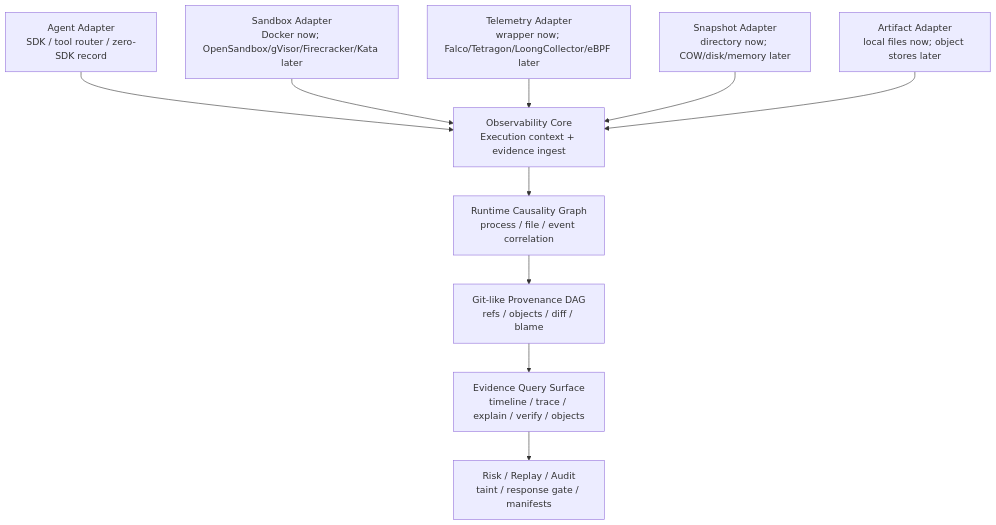
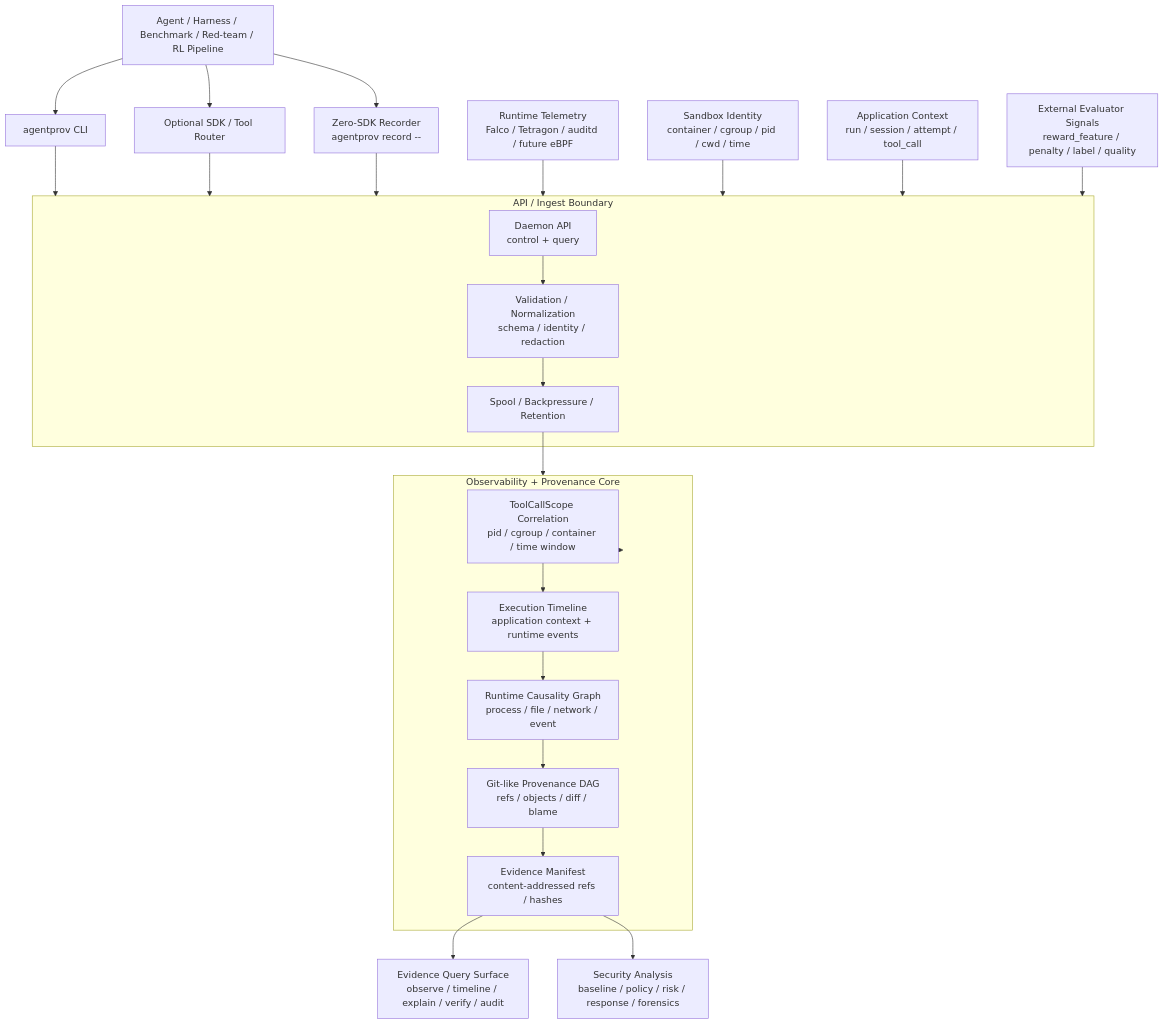
Before and after one commit to ByteYellow/AgentProvenance: the diagram in README.md, drawn with Mermaid. The commit also changed other lines of this file and 9 other files, not shown here.

Commit message:
Route core observability queries through daemon API

````diff
--- a/README.md
+++ b/README.md
@@ -599,13 +599,40 @@
 ```mermaid
 flowchart TD
-    AgentAdapter["Agent Adapter\nSDK / tool router / zero-SDK record"] --> Observability["Observability Core\nExecution context + evidence ingest"]
-    SandboxAdapter["Sandbox Adapter\nDocker now; OpenSandbox/gVisor/Firecracker/Kata later"] --> Observability
-    TelemetryAdapter["Telemetry Adapter\nwrapper now; Falco/Tetragon/LoongCollector/eBPF later"] --> Observability
-    SnapshotAdapter["Snapshot Adapter\ndirectory now; COW/disk/memory later"] --> Observability
-    ArtifactAdapter["Artifact Adapter\nlocal files now; object stores later"] --> Observability
+    Agent["Agent / Harness / Benchmark / Red-team / RL Pipeline"] --> CLI["agentprov CLI"]
+    Agent --> SDK["Optional SDK / Tool Router"]
+    Agent --> Recorder["Zero-SDK Recorder\nagentprov record -- <cmd>"]
 
-    Observability --> Causality["Runtime Causality Graph\nprocess / file / event correlation"]
-    Causality --> Provenance["Git-like Provenance DAG\nrefs / objects / diff / blame"]
-    Provenance --> Query["Evidence Query Surface\ntimeline / trace / explain / verify / objects"]
-    Query --> RiskReplayAudit["Risk / Replay / Audit\ntaint / response gate / manifests"]
+    CLI --> Boundary
+    SDK --> Boundary
+    Recorder --> Boundary
+    RuntimeTelemetry["Runtime Telemetry\nFalco / Tetragon / auditd / future eBPF"] --> Boundary
+    SandboxIdentity["Sandbox Identity\ncontainer / cgroup / pid / cwd / time"] --> Boundary
+    AppContext["Application Context\nrun / session / attempt / tool_call"] --> Boundary
+    ExternalSignals["External Evaluator Signals\nreward_feature / penalty / label / quality"] --> Boundary
+
+    subgraph Boundary["API / Ingest Boundary"]
+        Daemon["Daemon API\ncontrol + query"]
+        Validation["Validation / Normalization\nschema / identity / redaction"]
+        Spool["Spool / Backpressure / Retention"]
+    end
+
+    Daemon --> Validation
+    Validation --> Spool
+    Spool --> Core
+
+    subgraph Core["Observability + Provenance Core"]
+        Correlation["ToolCallScope Correlation\npid / cgroup / container / time window"]
+        Timeline["Execution Timeline\napplication context + runtime events"]
+        Causality["Runtime Causality Graph\nprocess / file / network / event"]
+        Provenance["Git-like Provenance DAG\nrefs / objects / diff / blame"]
+        Evidence["Evidence Manifest\ncontent-addressed refs / hashes"]
+    end
+
+    Core --> Correlation
+    Correlation --> Timeline
+    Timeline --> Causality
+    Causality --> Provenance
+    Provenance --> Evidence
+    Evidence --> Query["Evidence Query Surface\nobserve / timeline / explain / verify / audit"]
+    Evidence --> Security["Security Analysis\nbaseline / policy / risk / response / forensics"]
 ```
````
